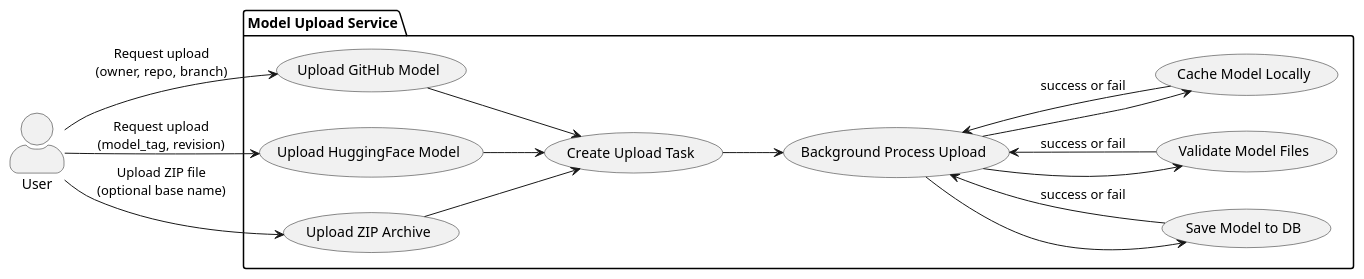
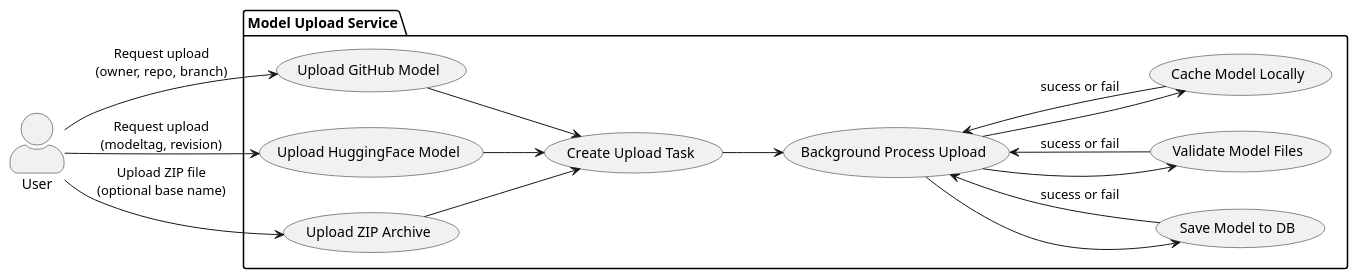
Before and after one commit to Yukasama/txt2vec-service: the diagram in docs/diagrams/src/use-cases-upload.plantuml, drawn with PlantUML.

Commit message:
removed UC_ convention from upload puml

```diff
--- a/docs/diagrams/src/use-cases-upload.plantuml
+++ b/docs/diagrams/src/use-cases-upload.plantuml
@@ -1,37 +1,37 @@
 @startuml use-cases-uploads
 left to right direction
 skinparam actorStyle awesome
 
 actor User
 
 package "Model Upload Service" {
-    usecase UC_Github as "Upload GitHub Model"
-    usecase UC_HF as "Upload HuggingFace Model"
-    usecase UC_Zip as "Upload ZIP Archive"
+    usecase Github as "Upload GitHub Model"
+    usecase HF as "Upload HuggingFace Model"
+    usecase Zip as "Upload ZIP Archive"
 
-    usecase UC_CreateTask as "Create Upload Task"
-    usecase UC_BGProcess as "Background Process Upload"
-    usecase UC_SaveDB as "Save Model to DB"
-    usecase UC_ValidateFiles as "Validate Model Files"
-    usecase UC_CacheModel as "Cache Model Locally"
+    usecase CreateTask as "Create Upload Task"
+    usecase BGProcess as "Background Process Upload"
+    usecase SaveDB as "Save Model to DB"
+    usecase ValidateFiles as "Validate Model Files"
+    usecase CacheModel as "Cache Model Locally"
 }
 
-User --> UC_Github : Request upload\n(owner, repo, branch)
-User --> UC_HF : Request upload\n(model_tag, revision)
-User --> UC_Zip : Upload ZIP file\n(optional base name)
+User --> Github : Request upload\n(owner, repo, branch)
+User --> HF : Request upload\n(modeltag, revision)
+User --> Zip : Upload ZIP file\n(optional base name)
 
-UC_Github --> UC_CreateTask
-UC_HF --> UC_CreateTask
-UC_Zip --> UC_CreateTask
+Github --> CreateTask
+HF --> CreateTask
+Zip --> CreateTask
 
-UC_CreateTask --> UC_BGProcess
+CreateTask --> BGProcess
 
-UC_BGProcess --> UC_ValidateFiles
-UC_BGProcess --> UC_CacheModel
-UC_BGProcess --> UC_SaveDB
+BGProcess --> ValidateFiles
+BGProcess --> CacheModel
+BGProcess --> SaveDB
 
-UC_ValidateFiles --> UC_BGProcess : success or fail
-UC_CacheModel --> UC_BGProcess : success or fail
-UC_SaveDB --> UC_BGProcess : success or fail
+ValidateFiles --> BGProcess : sucess or fail
+CacheModel --> BGProcess : sucess or fail
+SaveDB --> BGProcess : sucess or fail
 
 @enduml
```
